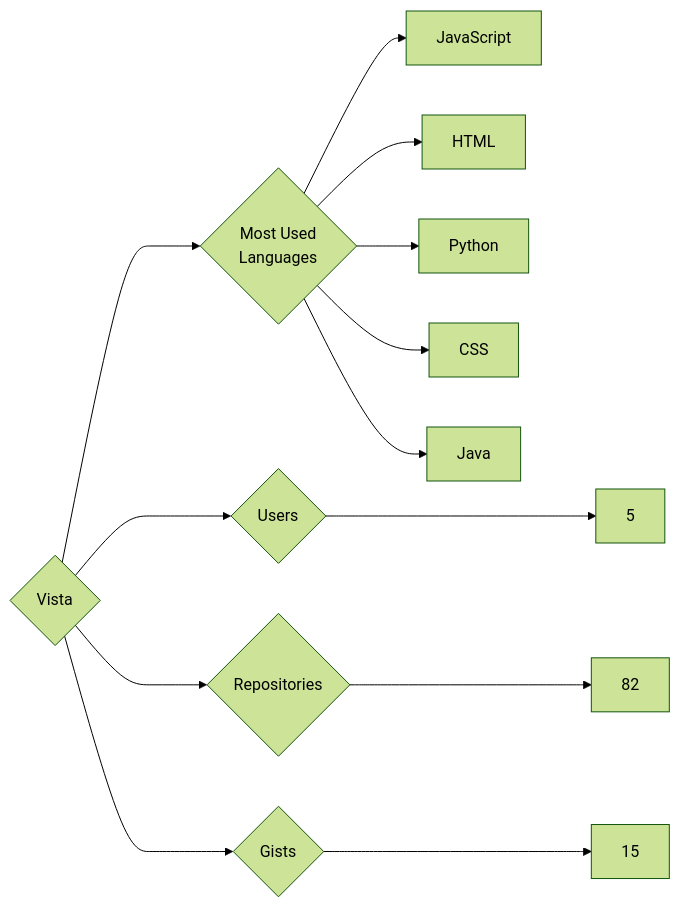
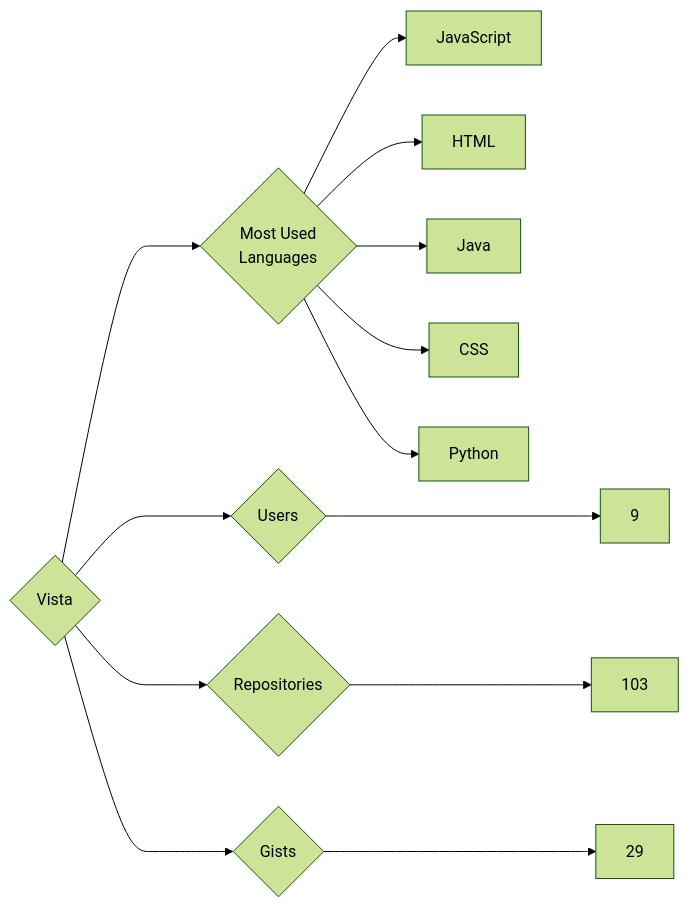
Before and after one commit to trickest/insiders: the diagram in targets/Vista/README.md, drawn with Mermaid (forest theme). The commit also changed 833 other files, not shown here.

````diff
--- a/targets/Vista/README.md
+++ b/targets/Vista/README.md
@@ -3,13 +3,13 @@
 ```mermaid
 graph LR
 COMPANY_NAME{Vista}
-COMPANY_NAME ---> U{Users} ---> UN[5]
-COMPANY_NAME ---> R{Repositories} ---> RN[82]
-COMPANY_NAME ---> G{Gists} ---> GN[15]
+COMPANY_NAME ---> U{Users} ---> UN[9]
+COMPANY_NAME ---> R{Repositories} ---> RN[103]
+COMPANY_NAME ---> G{Gists} ---> GN[29]
 COMPANY_NAME ---> ML{Most Used<br>Languages}
 ML --> JavaScript[JavaScript]
 ML --> HTML[HTML]
+ML --> Java[Java]
+ML --> CSS[CSS]
 ML --> Python[Python]
-ML --> CSS[CSS]
-ML --> Java[Java]
 ```
````
